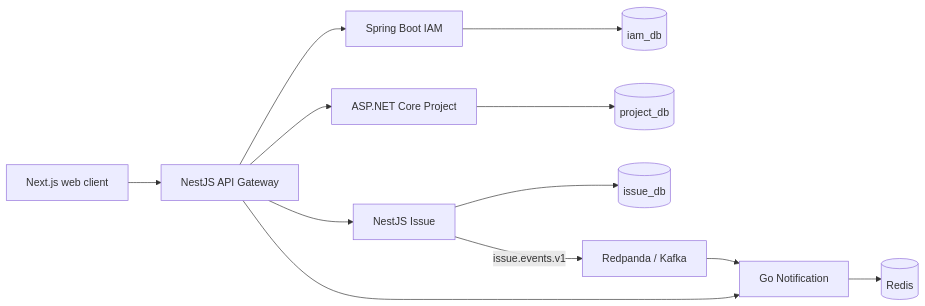
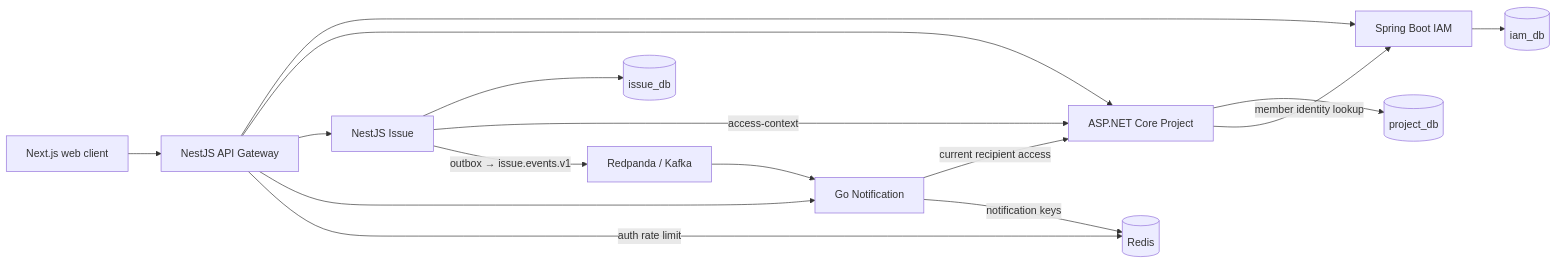
One commit to NicolaiHong/jira-microservices-lab changed the diagram in README.md. Above: the diagram before and after it, drawn with Mermaid. The commit also changed 87 other files, not shown here.

````diff
--- a/README.md
+++ b/README.md
@@ -31,14 +31,18 @@
 ```mermaid
 flowchart LR
   Web[Next.js web client] --> Gateway[NestJS API Gateway]
   Gateway --> IAM[Spring Boot IAM]
   Gateway --> Project[ASP.NET Core Project]
   Gateway --> Issue[NestJS Issue]
   Gateway --> Notification[Go Notification]
+  Gateway -->|auth rate limit| Redis[(Redis)]
   IAM --> IAMDB[(iam_db)]
   Project --> ProjectDB[(project_db)]
+  Project -->|member identity lookup| IAM
   Issue --> IssueDB[(issue_db)]
-  Issue -->|issue.events.v1| Kafka[Redpanda / Kafka]
+  Issue -->|access-context| Project
+  Issue -->|outbox → issue.events.v1| Kafka[Redpanda / Kafka]
   Kafka --> Notification
-  Notification --> Redis[(Redis)]
+  Notification -->|current recipient access| Project
+  Notification -->|notification keys| Redis
 ```
````
